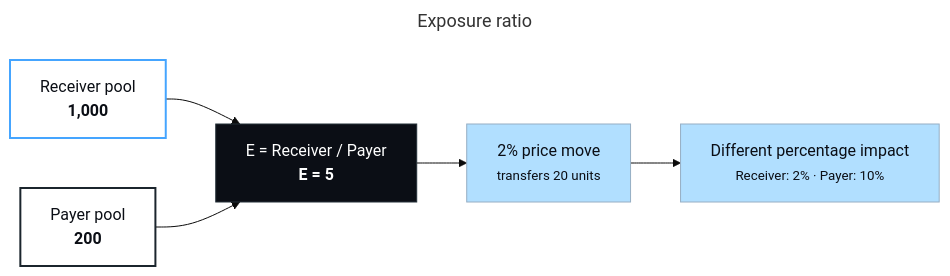
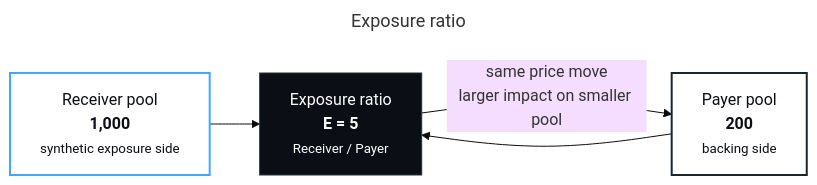
The diagram in diagrams/exposure-ratio.mmd (Null-Solutions/v1-docs), drawn with Mermaid (base theme) before and after one commit. The commit also changed 11 other files, not shown here.

Commit message:
Simplify docs diagrams around two pools

```diff
--- a/diagrams/exposure-ratio.mmd
+++ b/diagrams/exposure-ratio.mmd
@@ -1,23 +1,18 @@
 ---
 title: Exposure ratio
 ---
 flowchart LR
-  receiver["Receiver pool<br/><strong>1,000</strong>"]
-  payer["Payer pool<br/><strong>200</strong>"]
-  ratio["E = Receiver / Payer<br/><strong>E = 5</strong>"]
-  transfer["2% price move<br/><small>transfers 20 units</small>"]
-  impact["Different percentage impact<br/><small>Receiver: 2% · Payer: 10%</small>"]
+  receiver["Receiver pool<br/><strong>1,000</strong><br/><small>synthetic exposure side</small>"]
+  payer["Payer pool<br/><strong>200</strong><br/><small>backing side</small>"]
+  ratio["Exposure ratio<br/><strong>E = 5</strong><br/><small>Receiver / Payer</small>"]
 
   receiver --> ratio
   payer --> ratio
-  ratio --> transfer
-  transfer --> impact
+  ratio -- "same price move<br/>larger impact on smaller pool" --> payer
 
   classDef receiver fill:#FFFFFF,color:#0B0E15,stroke:#45A5FF,stroke-width:2px;
   classDef payer fill:#FFFFFF,color:#0B0E15,stroke:#1B252D,stroke-width:2px;
-  classDef dark fill:#0B0E15,color:#FFFFFF,stroke:#243038,stroke-width:1px;
-  classDef accent fill:#B1DFFF,color:#0B0E15,stroke:#96AEC4,stroke-width:1px;
+  classDef core fill:#0B0E15,color:#FFFFFF,stroke:#243038,stroke-width:1px;
   class receiver receiver;
   class payer payer;
-  class ratio dark;
-  class transfer,impact accent;
+  class ratio core;
```
